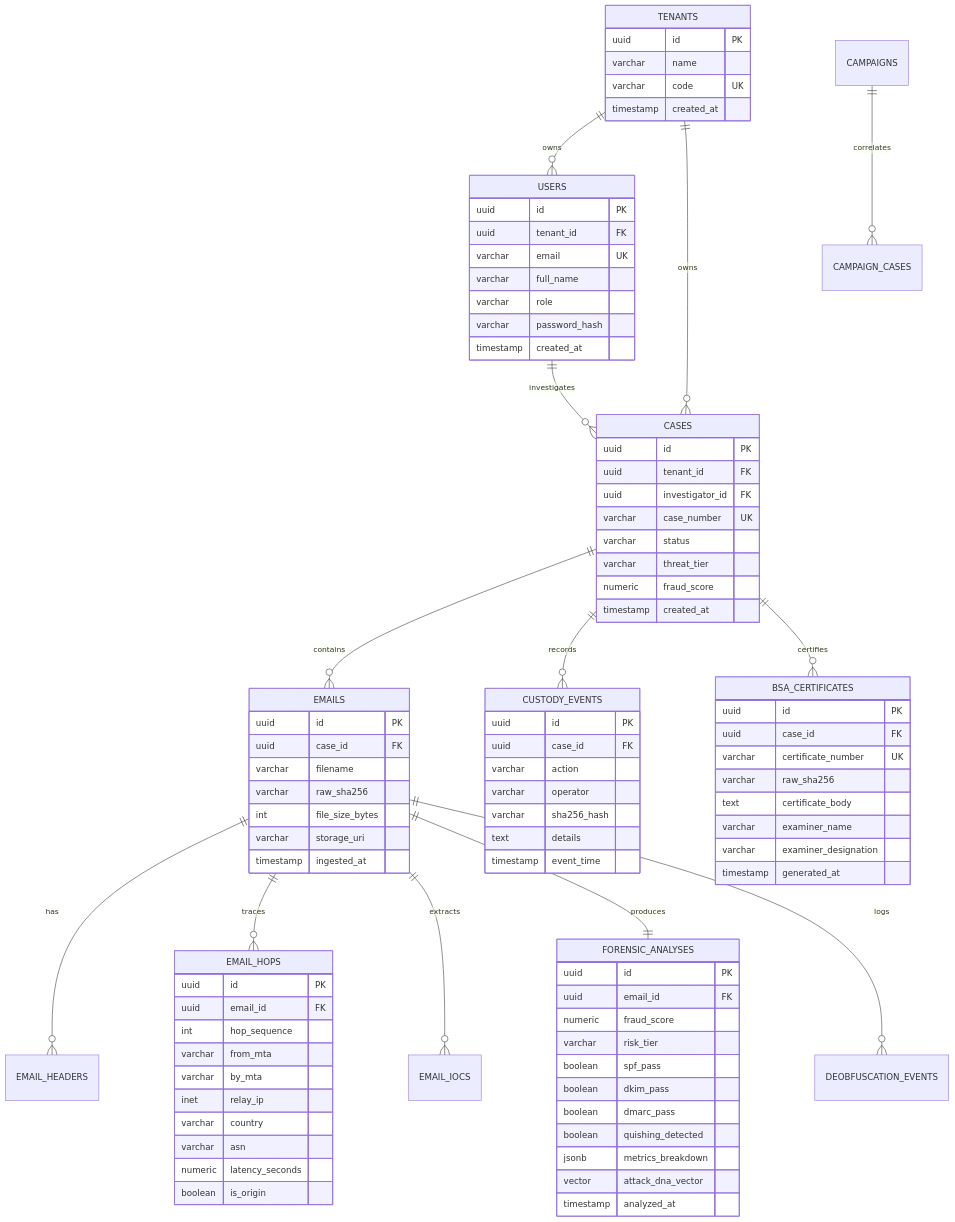
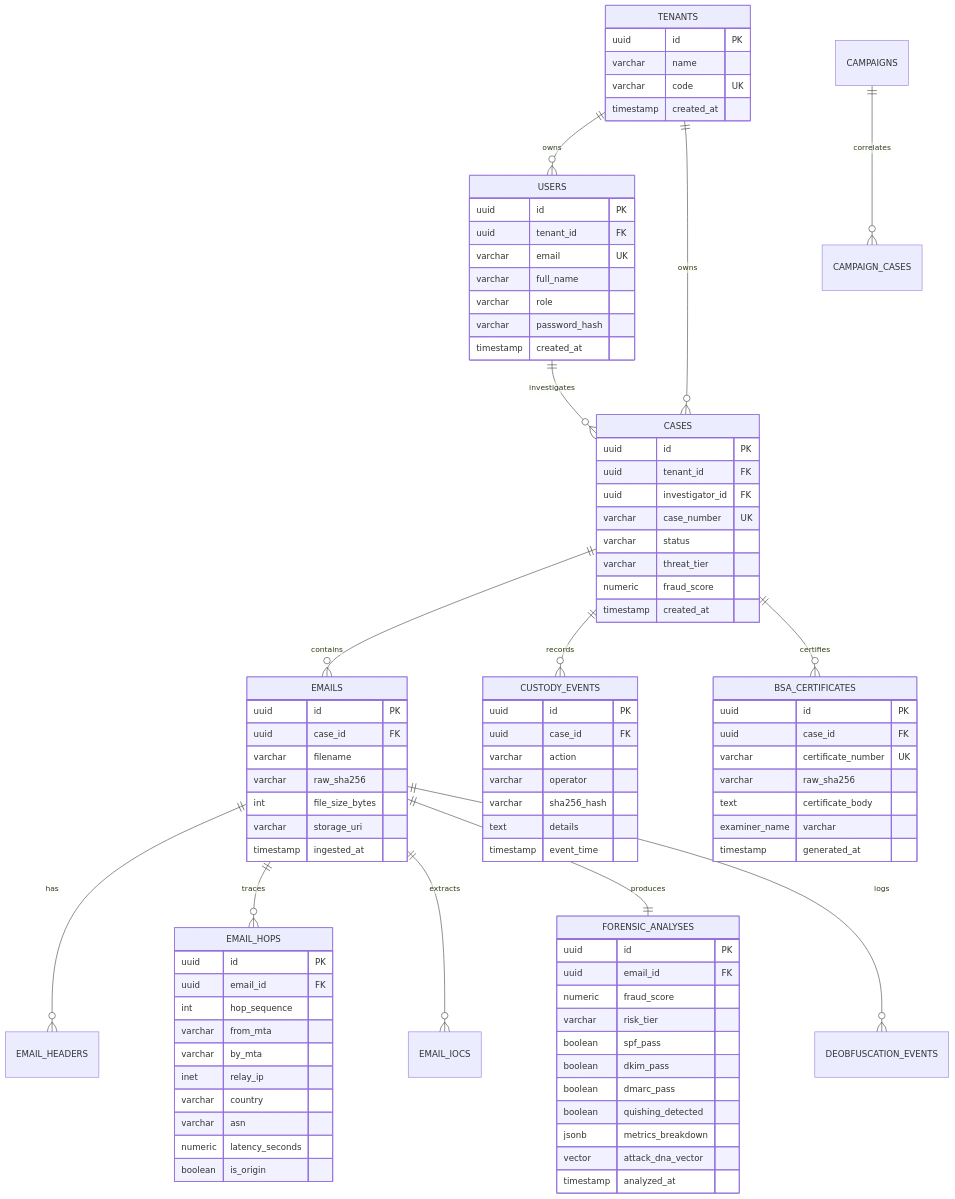
Before and after one commit to rakeshsinghrawat107/MailTrace-AI: the sixth of 10 diagrams in updated architecture.md, drawn with Mermaid. The commit also changed other lines of this file and 2 other files, not shown here.

Commit message:
fix(map): replace watermarked CartoDB tiles with keyless Esri World Dark Gray & update architecture v3.1.0

```diff
--- a/updated architecture.md
+++ b/updated architecture.md
@@ -411,8 +611,7 @@
         varchar certificate_number UK
         varchar raw_sha256
         text certificate_body
-        varchar examiner_name
-        varchar examiner_designation
+        examiner_name varchar
         timestamp generated_at
     }
 
```
